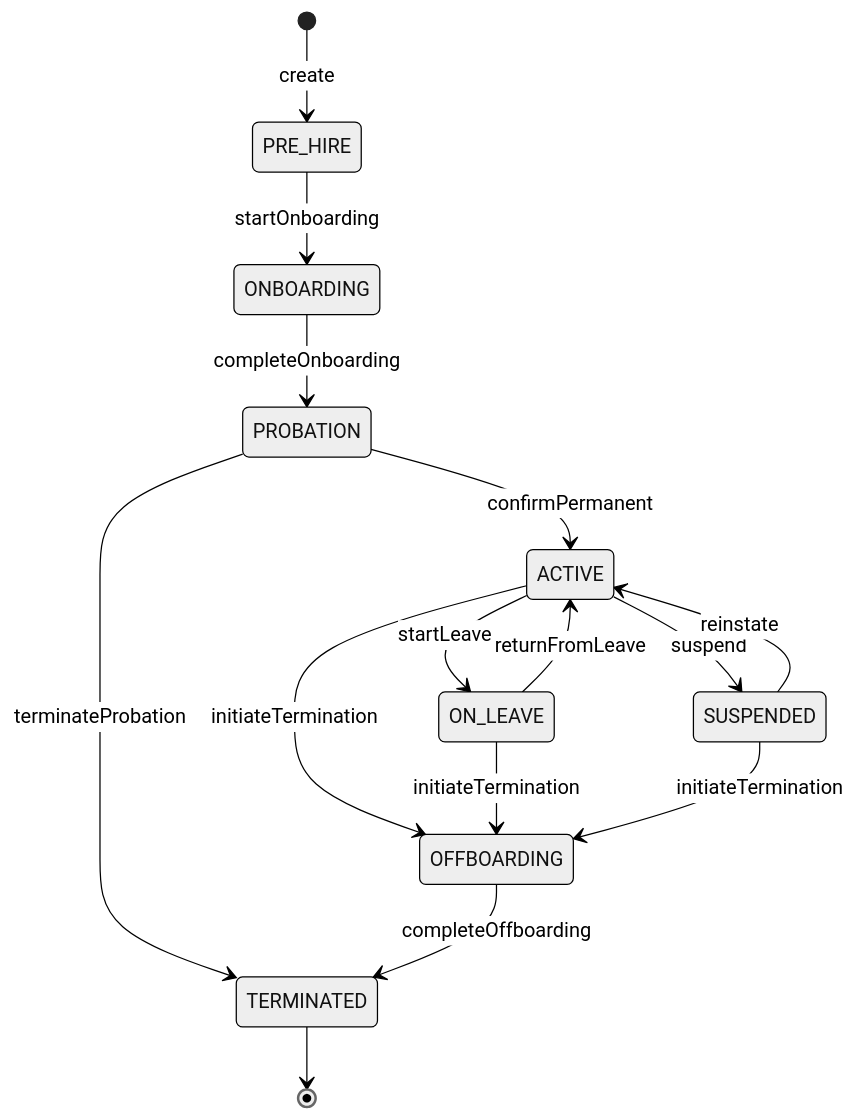
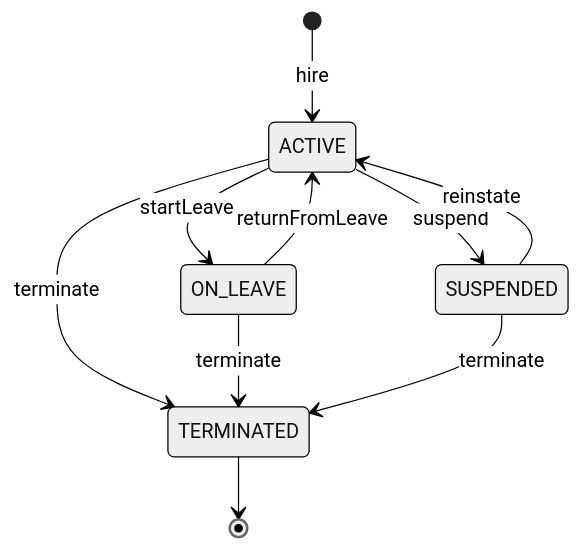
The third of 3 diagrams in docs/Axiom-Codex/xTalent/CO/emp/employee.onto.md (a4b-corporation/xTalent), drawn with Mermaid (neutral theme) before and after one commit. The commit also changed other lines of this file, not shown here.

````diff
--- a/docs/Axiom-Codex/xTalent/CO/emp/employee.onto.md
+++ b/docs/Axiom-Codex/xTalent/CO/emp/employee.onto.md
@@ -363,24 +300,16 @@
 ```mermaid
 stateDiagram-v2
-    [*] --> PRE_HIRE: create
-    
-    PRE_HIRE --> ONBOARDING: startOnboarding
-    ONBOARDING --> PROBATION: completeOnboarding
-    
-    PROBATION --> ACTIVE: confirmPermanent
-    PROBATION --> TERMINATED: terminateProbation
+    [*] --> ACTIVE: hire
     
     ACTIVE --> ON_LEAVE: startLeave
     ON_LEAVE --> ACTIVE: returnFromLeave
     
     ACTIVE --> SUSPENDED: suspend
     SUSPENDED --> ACTIVE: reinstate
     
-    ACTIVE --> OFFBOARDING: initiateTermination
-    ON_LEAVE --> OFFBOARDING: initiateTermination
-    SUSPENDED --> OFFBOARDING: initiateTermination
-    
-    OFFBOARDING --> TERMINATED: completeOffboarding
+    ACTIVE --> TERMINATED: terminate
+    ON_LEAVE --> TERMINATED: terminate
+    SUSPENDED --> TERMINATED: terminate
     
     TERMINATED --> [*]
 ```
````
